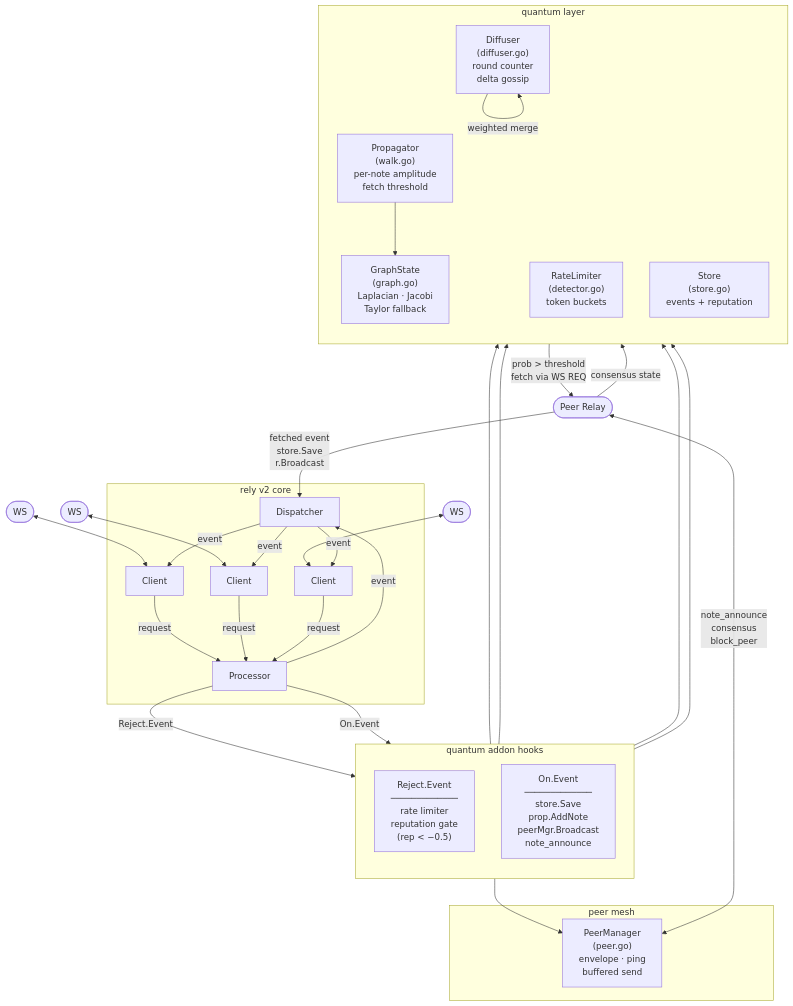
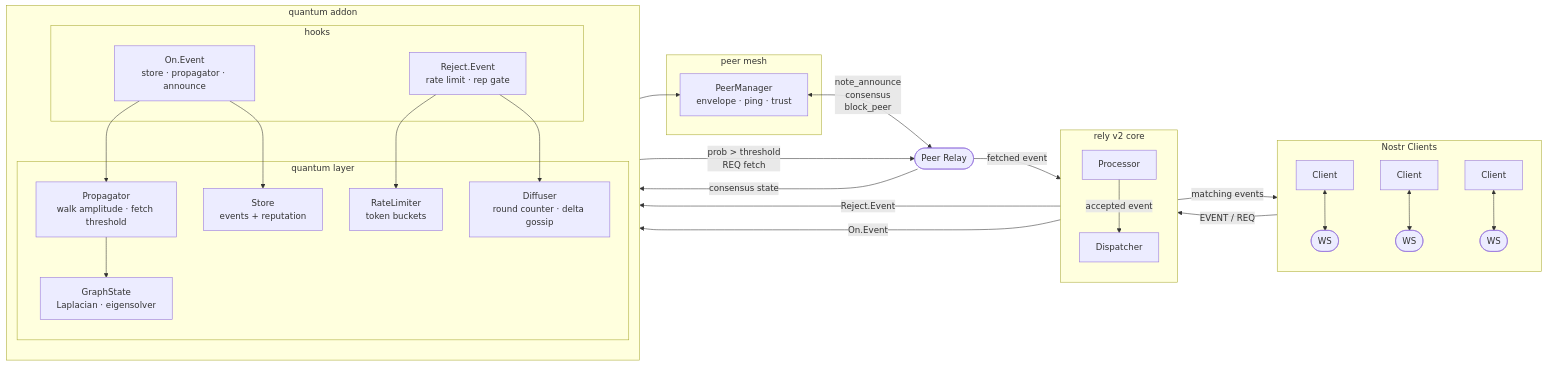
Before and after one commit to imattau/rely: the diagram in cmd/quantum-relay/README.md, drawn with Mermaid.

Commit message:
docs: redesign architecture diagram for clarity
Left-to-right layout with clean subgraph grouping. Separates clients,
rely v2 core, quantum addon hooks/layer, peer mesh, and peer relay.
Removes self-loop and crossing edges.

````diff
--- a/cmd/quantum-relay/README.md
+++ b/cmd/quantum-relay/README.md
@@ -239,49 +239,55 @@
 ```mermaid
-flowchart TD
-    WS1([WS]) <--> C1[Client]
-    WS2([WS]) <--> C2[Client]
-    WS3([WS]) <--> C3[Client]
-
-    C1 & C2 & C3 -->|request| P
-
-    subgraph rely ["rely v2 core"]
-        P[Processor] -->|event| D[Dispatcher]
-        D -->|event| C1 & C2 & C3
+flowchart LR
+    subgraph clients ["Nostr Clients"]
+        direction TB
+        C1[Client] <--> WS1([WS])
+        C2[Client] <--> WS2([WS])
+        C3[Client] <--> WS3([WS])
     end
 
-    subgraph hooks ["quantum addon hooks"]
+    subgraph core ["rely v2 core"]
         direction TB
-        RJ["Reject.Event\n─────────────\nrate limiter\nreputation gate\n(rep < −0.5)"]
-        OE["On.Event\n─────────────\nstore.Save\nprop.AddNote\npeerMgr.Broadcast\nnote_announce"]
+        P[Processor]
+        D[Dispatcher]
+        P -->|accepted event| D
     end
 
+    subgraph addon ["quantum addon"]
+        direction TB
+        subgraph hooks ["hooks"]
+            RJ["Reject.Event\nrate limit · rep gate"]
+            OE["On.Event\nstore · propagator · announce"]
+        end
+        subgraph qlayer ["quantum layer"]
+            PROP["Propagator\nwalk amplitude · fetch threshold"]
+            GRAPH["GraphState\nLaplacian · eigensolver"]
+            STORE["Store\nevents + reputation"]
+            DIFF["Diffuser\nround counter · delta gossip"]
+            RL["RateLimiter\ntoken buckets"]
+        end
+        PROP --> GRAPH
+        OE --> PROP
+        OE --> STORE
+        RJ --> RL
+        RJ --> DIFF
+    end
+
+    subgraph mesh ["peer mesh"]
+        PM["PeerManager\nenvelope · ping · trust"]
+    end
+
+    PEER([Peer Relay])
+
+    clients -->|EVENT / REQ| P
     P -->|Reject.Event| RJ
     P -->|On.Event| OE
-
-    subgraph quantum ["quantum layer"]
-        direction TB
-        PROP["Propagator\n(walk.go)\nper-note amplitude\nfetch threshold"]
-        GRAPH["GraphState\n(graph.go)\nLaplacian · Jacobi\nTaylor fallback"]
-        DIFF["Diffuser\n(diffuser.go)\nround counter\ndelta gossip"]
-        SPAM["RateLimiter\n(detector.go)\ntoken buckets"]
-        STORE["Store\n(store.go)\nevents + reputation"]
-    end
-
-    OE --> PROP
-    OE --> STORE
-    PROP --> GRAPH
-    RJ --> SPAM
-    RJ --> DIFF
-
-    PROP -->|"prob > threshold\nfetch via WS REQ"| PEER_RELAY([Peer Relay])
-    PEER_RELAY -->|"fetched event\nstore.Save\nr.Broadcast"| D
-
-    subgraph p2p ["peer mesh"]
-        PM["PeerManager\n(peer.go)\nenvelope · ping\nbuffered send"]
-    end
+    D -->|matching events| clients
 
     OE --> PM
-    PM <-->|"note_announce\nconsensus\nblock_peer"| PEER_RELAY
-    PEER_RELAY -->|consensus state| DIFF
-    DIFF -->|weighted merge| DIFF
+    PM <-->|"note_announce\nconsensus\nblock_peer"| PEER
+
+    PROP -->|"prob > threshold\nREQ fetch"| PEER
+    PEER -->|fetched event| D
+
+    PEER -->|consensus state| DIFF
 ```
````
